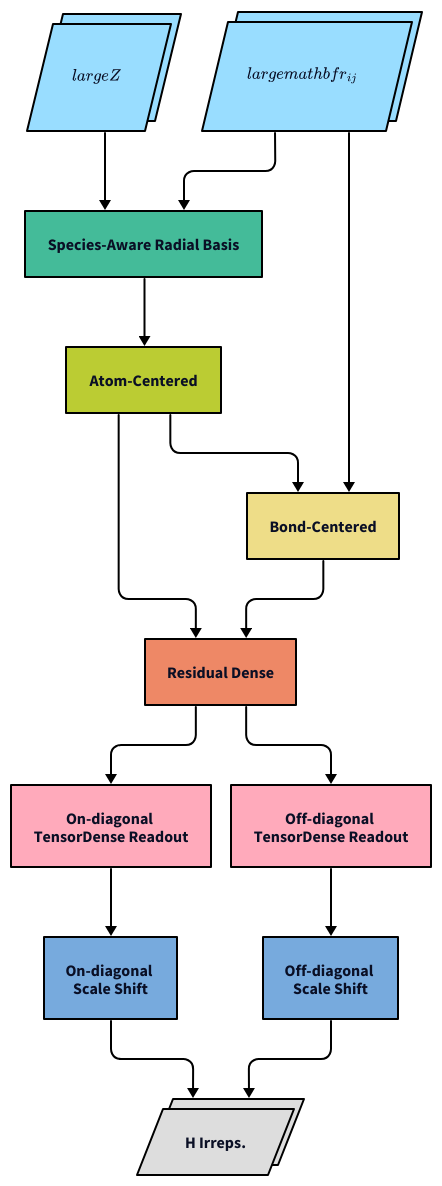
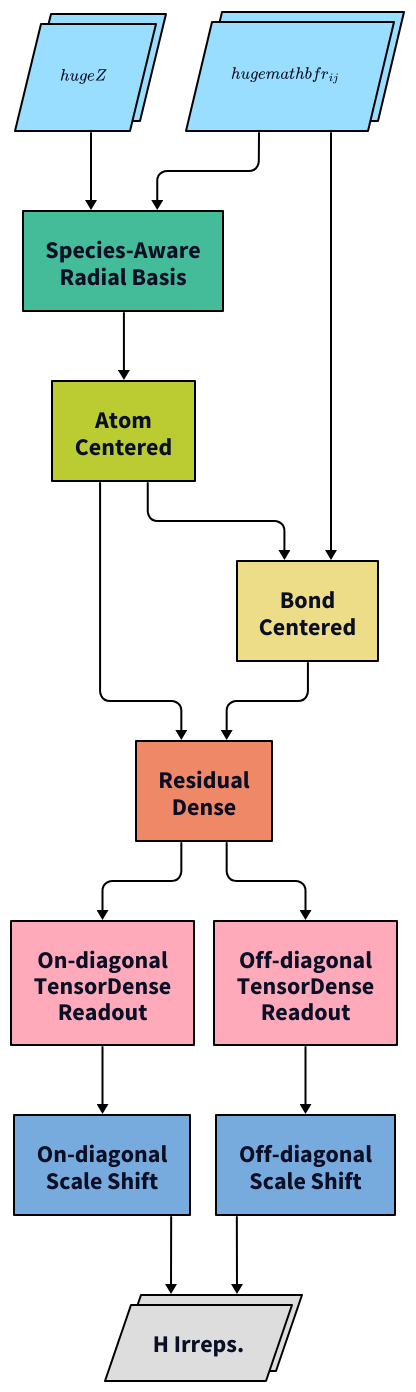
The diagram in architecture_figures/0_overview.d2 (SamsungDS/gears_h), drawn with D2 before and after one commit.

Commit message:
Update font sizes and line wrapping.

```diff
--- a/architecture_figures/0_overview.d2
+++ b/architecture_figures/0_overview.d2
@@ -1,105 +1,112 @@
 # direction: right
 vars: {
   d2-config: {
     layout-engine: elk
     # theme-id: 200
     pad: 10
   }
 }
 
 z: {
   label: ""
   equation: |latex
-    \large{Z}
+    \huge{Z}
   |
   class: input
 }
 r: {label: ""
     equation: |latex
-        \large{\mathbf{r}_{ij}}
+        \huge{\mathbf{r}_{ij}}
     |
     class: input
 }
 
-sarb: Species-Aware Radial Basis {class: sarb}
-ac: Atom-Centered {class: ac}
-bc: Bond-Centered {class: bc}
-rd: Residual Dense {class: rd}
-ondro: On-diagonal \nTensorDense Readout {class: ro}
-offdro: Off-diagonal \nTensorDense Readout {class: ro}
-onscsh: On-diagonal \nScale Shift {class: scaleshift}
-offscsh: Off-diagonal \nScale Shift {class: scaleshift}
+sarb: Species-Aware\nRadial Basis {class: sarb}
+ac: Atom\nCentered {class: ac}
+bc: Bond\nCentered {class: bc}
+rd: Residual\nDense {class: rd}
+ondro: On-diagonal\nTensorDense\nReadout {class: ro}
+offdro: Off-diagonal\nTensorDense\nReadout {class: ro}
+onscsh: On-diagonal\nScale Shift {class: scaleshift}
+offscsh: Off-diagonal\nScale Shift {class: scaleshift}
 outs: H Irreps. {class: outs}
 
 ac -> rd: {style: {stroke: "#000000"}}
 z -> sarb -> ac -> bc -> rd: {style: {stroke: "#000000"}}
 r -> sarb: {style: {stroke: "#000000"}}
 r -> bc: {style: {stroke: "#000000"}}
 rd -> ondro -> onscsh -> outs: {style: {stroke: "#000000"}}
 rd -> offdro -> offscsh -> outs: {style: {stroke: "#000000"}}
 
 classes: {
   empty: {
     label: ""
     width: 50
     height: 50
     style: {
       fill: transparent
       stroke: transparent
     }
   }
   sarb: {
     style: {
       fill: "#44BB99"
       stroke: "#000000"
+      font-size: 24
     }
   }
   ac: {
     style: {
       fill: "#BBCC33"
       stroke: "#000000"
+      font-size: 24
     }
   }
   bc: {
     style: {
       fill: "#EEDD88"
       stroke: "#000000"
+      font-size: 24
     }
   }
   rd: {
     style: {
       fill: "#EE8866"
       stroke: "#000000"
+      font-size: 24
     }
   }
   ro: {
     style: {
       fill: "#FFAABB"
       stroke: "#000000"
+      font-size: 24
     }
   }
   scaleshift: {
     style: {
       fill: "#77AADD"
       stroke: "#000000"
+      font-size: 24
     }
   }
   outs: {
     style: {
       fill: "#DDDDDD"
       stroke: "#000000"
       multiple: true
+      font-size: 24
     }
     shape: parallelogram
   }
   input: {
     width: 50
     height: 50
     shape: parallelogram
     style: {
       fill: "#99DDFF"
       stroke: "#000000"
       multiple: true
     }
   }
 }
```
